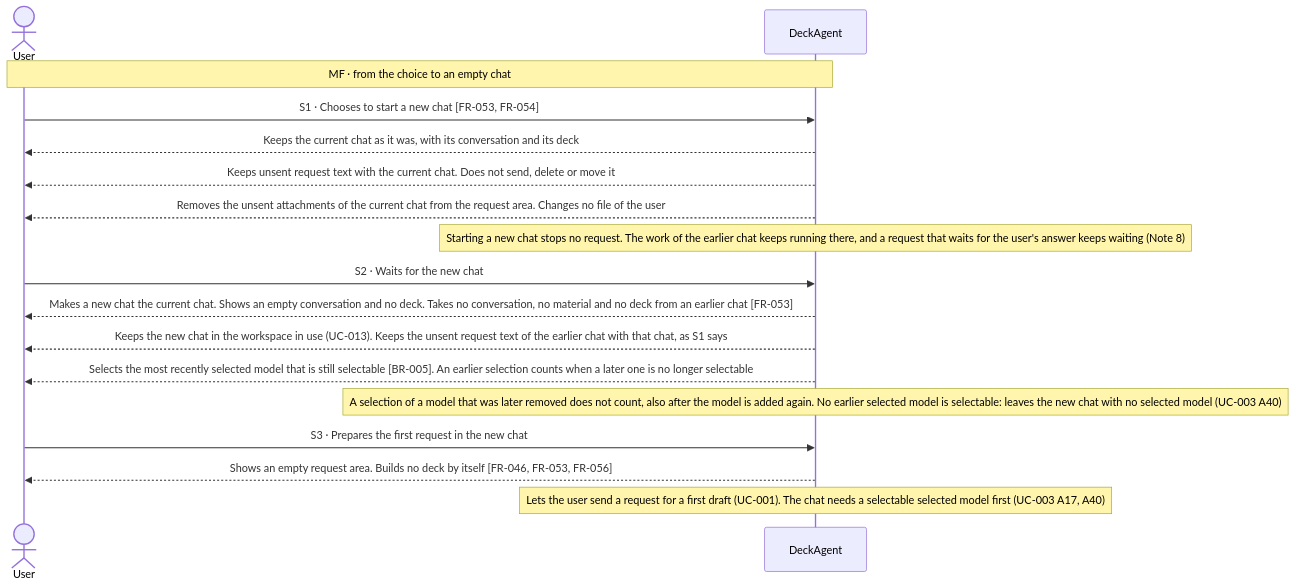
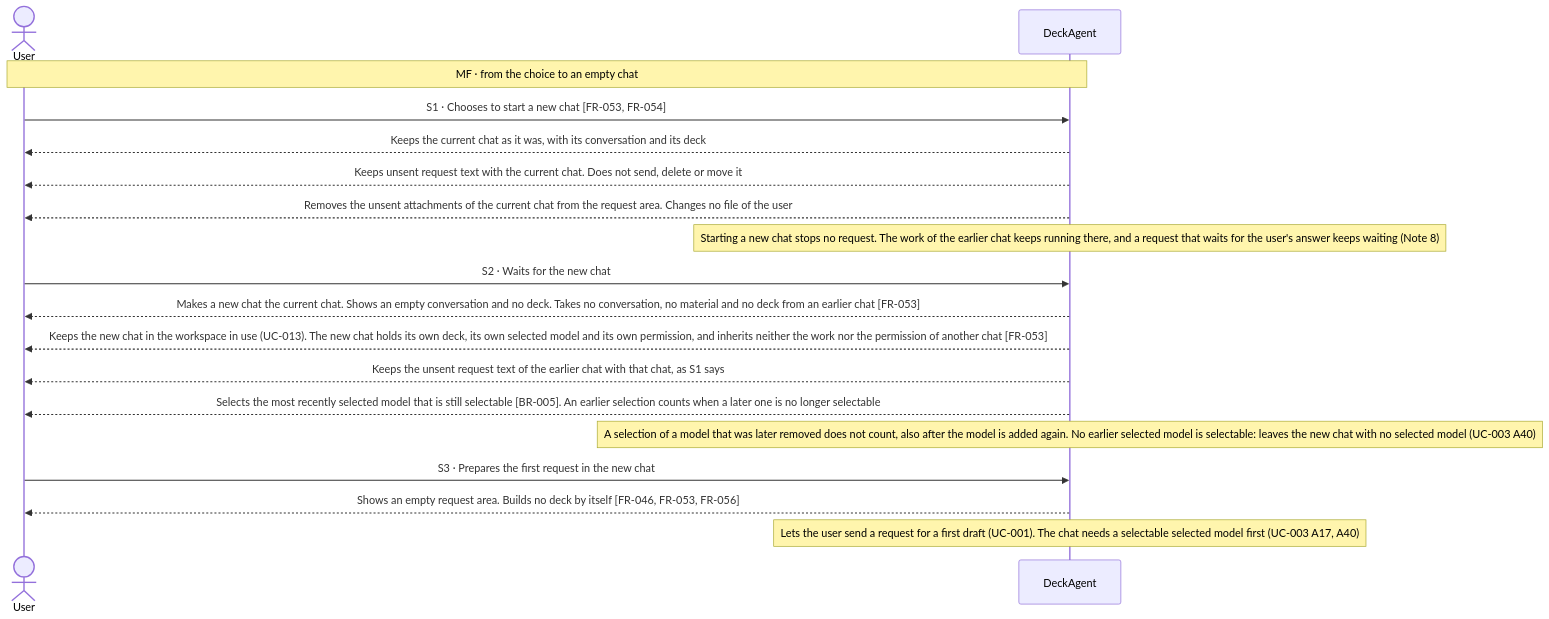
Before and after one commit to Luke23127006/DeckAgent: the diagram in docs/spec/03-use-cases/UC-012.md, drawn with Mermaid. The commit also changed other lines of this file and 31 other files, not shown here.

````diff
--- a/docs/spec/03-use-cases/UC-012.md
+++ b/docs/spec/03-use-cases/UC-012.md
@@ -40,19 +40,20 @@
 ```mermaid
 sequenceDiagram
     actor User
     participant DeckAgent
     Note over User,DeckAgent: MF · from the choice to an empty chat
     User->>DeckAgent: S1 · Chooses to start a new chat [FR-053, FR-054]
     DeckAgent-->>User: Keeps the current chat as it was, with its conversation and its deck
     DeckAgent-->>User: Keeps unsent request text with the current chat. Does not send, delete or move it
     DeckAgent-->>User: Removes the unsent attachments of the current chat from the request area. Changes no file of the user
     note over DeckAgent: Starting a new chat stops no request. The work of the earlier chat keeps running there, and a request that waits for the user's answer keeps waiting (Note 8)
     User->>DeckAgent: S2 · Waits for the new chat
     DeckAgent-->>User: Makes a new chat the current chat. Shows an empty conversation and no deck. Takes no conversation, no material and no deck from an earlier chat [FR-053]
-    DeckAgent-->>User: Keeps the new chat in the workspace in use (UC-013). Keeps the unsent request text of the earlier chat with that chat, as S1 says
+    DeckAgent-->>User: Keeps the new chat in the workspace in use (UC-013). The new chat holds its own deck, its own selected model and its own permission, and inherits neither the work nor the permission of another chat [FR-053]
+    DeckAgent-->>User: Keeps the unsent request text of the earlier chat with that chat, as S1 says
     DeckAgent-->>User: Selects the most recently selected model that is still selectable [BR-005]. An earlier selection counts when a later one is no longer selectable
     note over DeckAgent: A selection of a model that was later removed does not count, also after the model is added again. No earlier selected model is selectable: leaves the new chat with no selected model (UC-003 A40)
     User->>DeckAgent: S3 · Prepares the first request in the new chat
     DeckAgent-->>User: Shows an empty request area. Builds no deck by itself [FR-046, FR-053, FR-056]
     note over DeckAgent: Lets the user send a request for a first draft (UC-001). The chat needs a selectable selected model first (UC-003 A17, A40)
 ```
````
